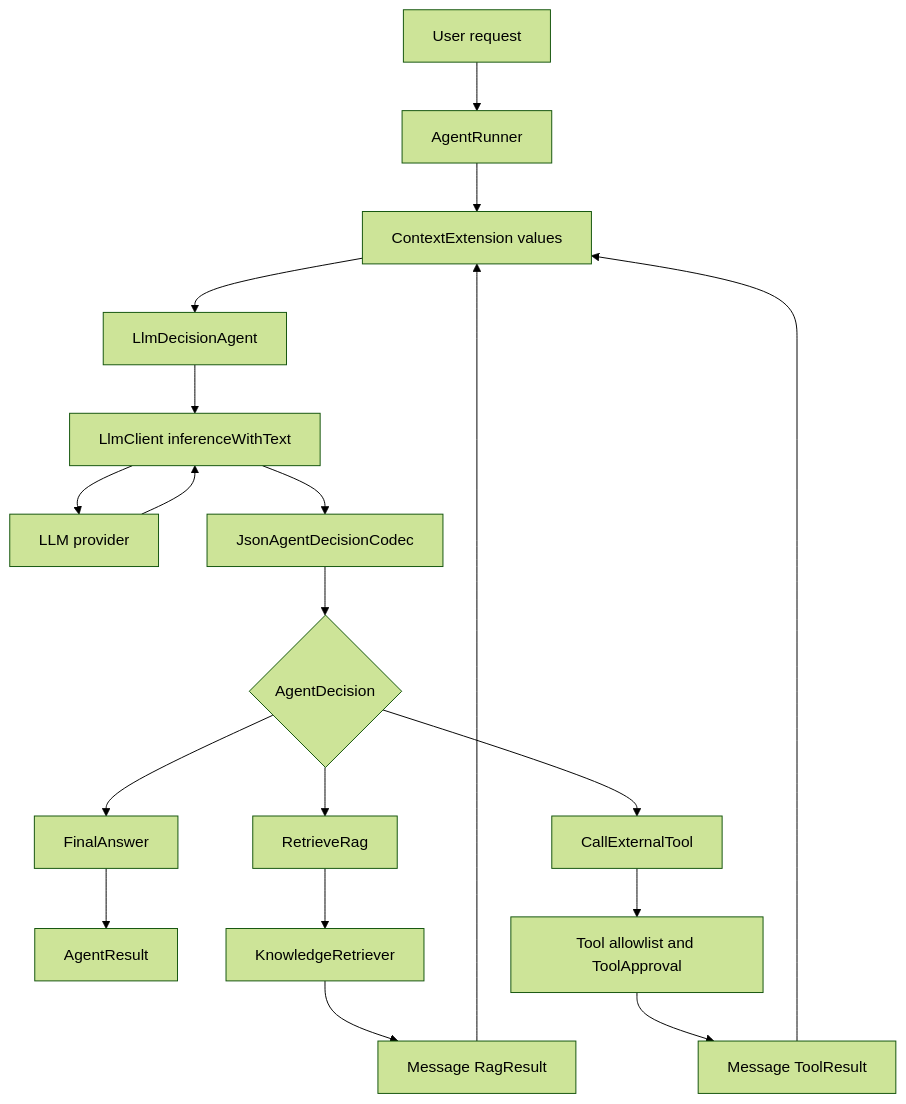
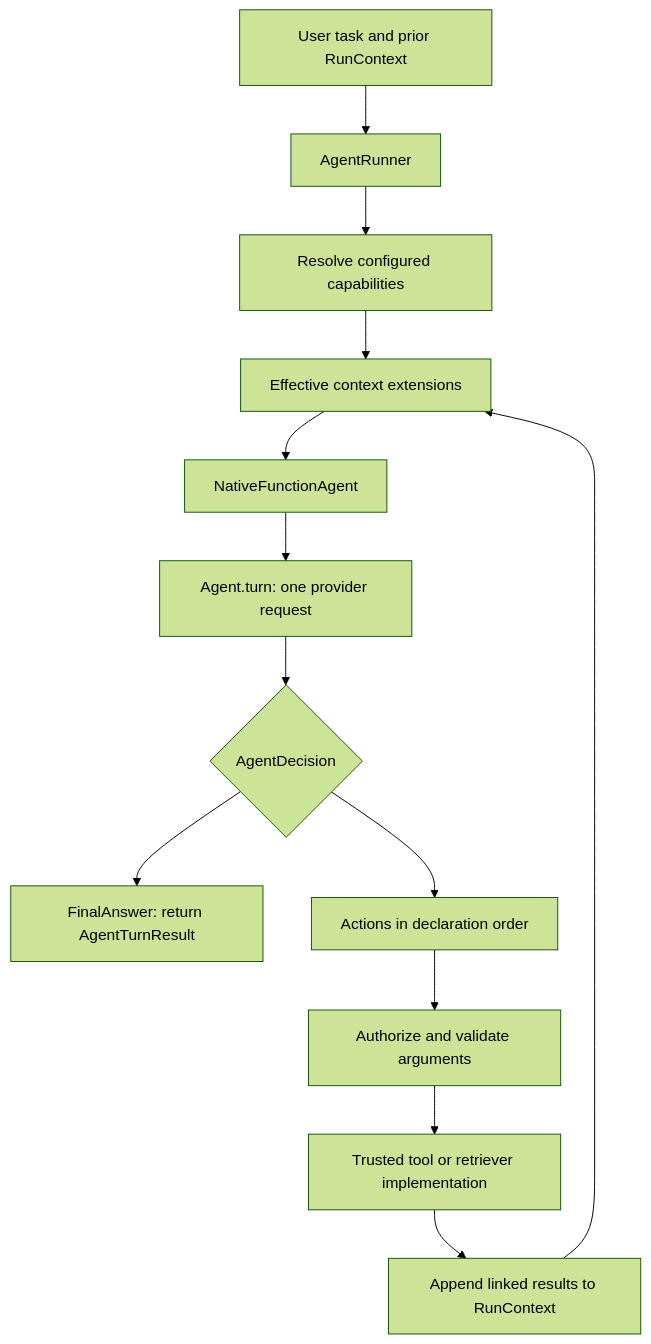
One commit to FabioPinheiro/yallmo changed the diagram in core/src/main/scala/fmgp/yallmo/orchestration/ORCHESTRATION.md. Above: the diagram before and after it, drawn with Mermaid (forest theme). The commit also changed other lines of this file and 14 other files, not shown here.

````diff
--- a/core/src/main/scala/fmgp/yallmo/orchestration/ORCHESTRATION.md
+++ b/core/src/main/scala/fmgp/yallmo/orchestration/ORCHESTRATION.md
@@ -11,25 +24,15 @@
 ```mermaid
 flowchart TD
-    Request[User request] --> Runner[AgentRunner]
-    Runner --> Extensions[ContextExtension values]
-    Extensions --> AgentInstance[LlmDecisionAgent]
-    AgentInstance --> Client[LlmClient inferenceWithText]
-    Client --> Provider[LLM provider]
-    Provider --> Client
-    Client --> Codec[JsonAgentDecisionCodec]
-    Codec --> Decision{AgentDecision}
-
-    Decision --> Final[FinalAnswer]
-    Final --> Result[AgentResult]
-
-    Decision --> Retrieve[RetrieveRag]
-    Retrieve --> Retriever[KnowledgeRetriever]
-    Retriever --> RagMessage[Message RagResult]
-
-    Decision --> Tool[CallExternalTool]
-    Tool --> Policy[Tool allowlist and ToolApproval]
-    Policy --> ToolMessage[Message ToolResult]
-
-    RagMessage --> Extensions
-    ToolMessage --> Extensions
+    Request[User task and prior RunContext] --> Runner[AgentRunner]
+    Runner --> Policy[Resolve configured capabilities]
+    Policy --> Extensions[Effective context extensions]
+    Extensions --> Program[NativeFunctionAgent]
+    Program --> Adapter[Agent.turn: one provider request]
+    Adapter --> Decision{AgentDecision}
+    Decision --> Final[FinalAnswer: return AgentTurnResult]
+    Decision --> Actions[Actions in declaration order]
+    Actions --> Validate[Authorize and validate arguments]
+    Validate --> Execute[Trusted tool or retriever implementation]
+    Execute --> Record[Append linked results to RunContext]
+    Record --> Extensions
 ```
````
